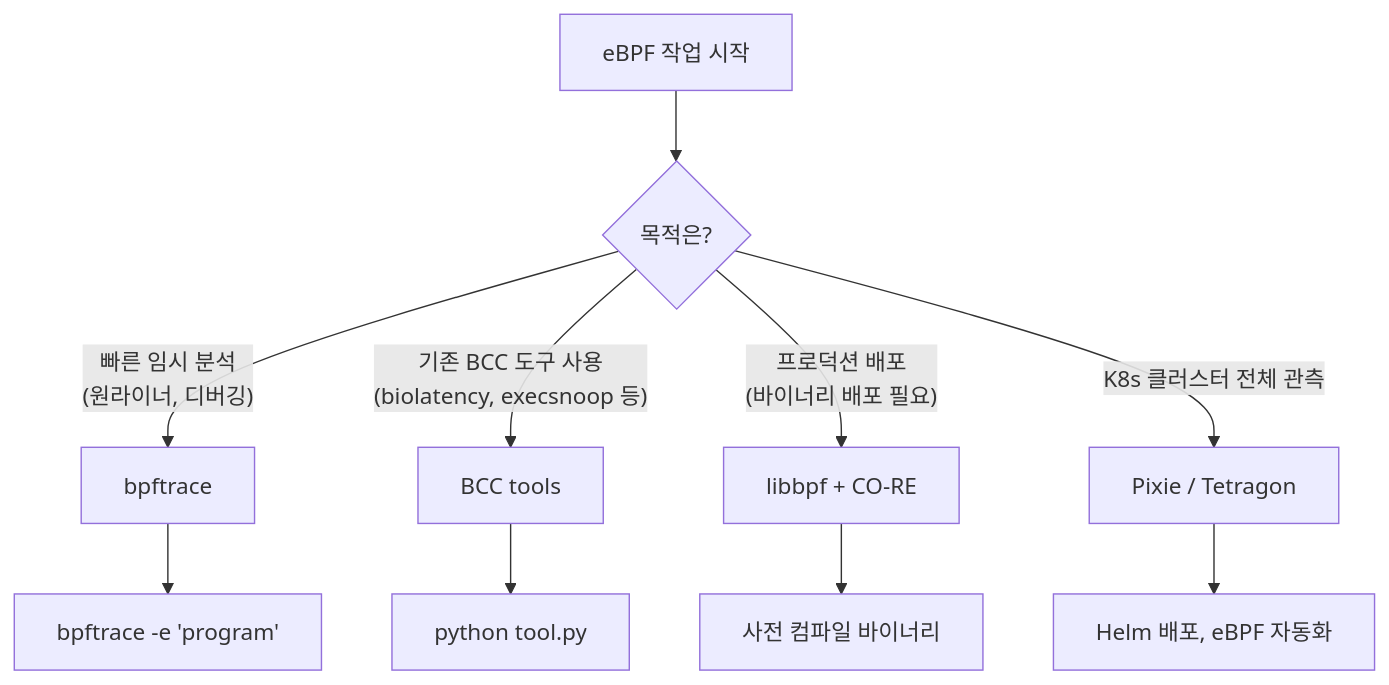
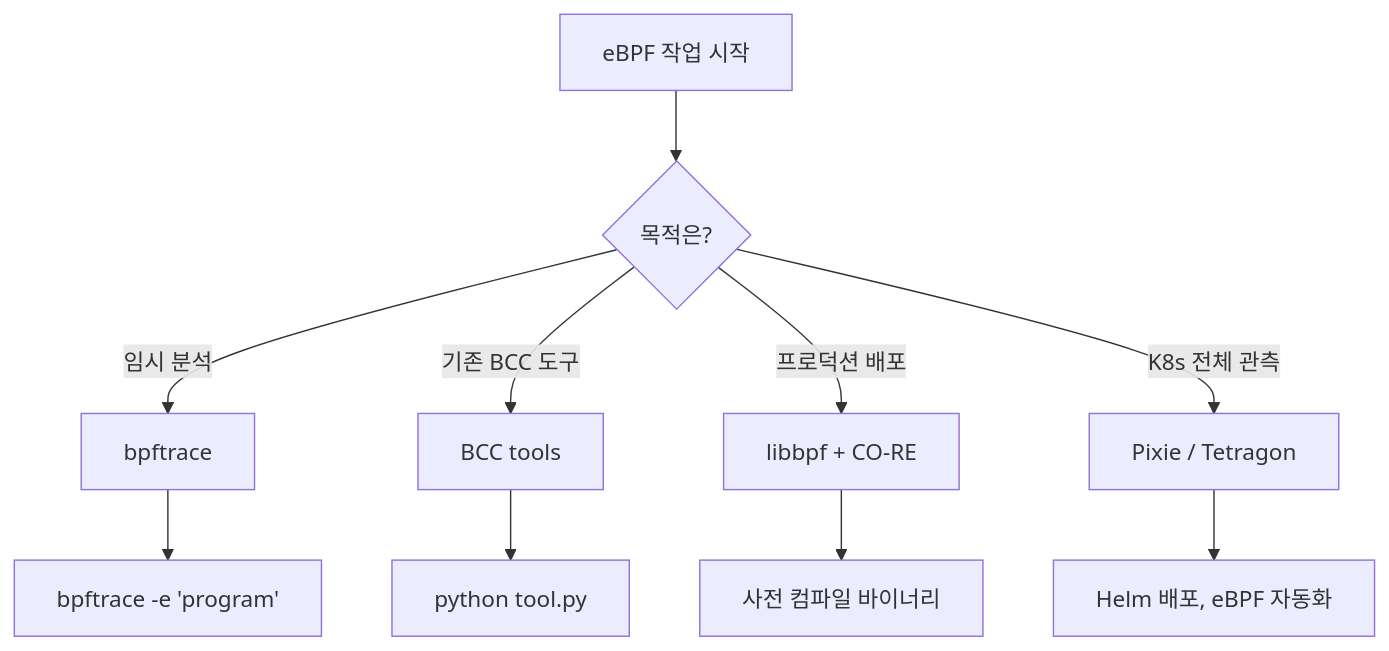
The third of 6 diagrams in content/linux/performance/ebpf-performance.md (moonblueblue/devops-wiki), drawn with Mermaid before and after one commit. The commit also changed other lines of this file and 12 other files, not shown here.

First line of the commit message:
style: linux 섹션 전체 ASCII art 제거 및 Mermaid 규칙 적용

````diff
--- a/content/linux/performance/ebpf-performance.md
+++ b/content/linux/performance/ebpf-performance.md
@@ -131,14 +114,14 @@
 ```mermaid
 flowchart TD
     A[eBPF 작업 시작] --> B{목적은?}
 
-    B -->|"빠른 임시 분석\n(원라이너, 디버깅)"| C[bpftrace]
-    B -->|"기존 BCC 도구 사용\n(biolatency, execsnoop 등)"| D[BCC tools]
-    B -->|"프로덕션 배포\n(바이너리 배포 필요)"| E[libbpf + CO-RE]
-    B -->|"K8s 클러스터 전체 관측"| F[Pixie / Tetragon]
+    B -->|"임시 분석"| C[bpftrace]
+    B -->|"기존 BCC 도구"| D[BCC tools]
+    B -->|"프로덕션 배포"| E[libbpf + CO-RE]
+    B -->|"K8s 전체 관측"| F[Pixie / Tetragon]
 
     C --> G["bpftrace -e 'program'"]
     D --> H["python tool.py"]
     E --> I["사전 컴파일 바이너리"]
     F --> J["Helm 배포, eBPF 자동화"]
 ```
````
